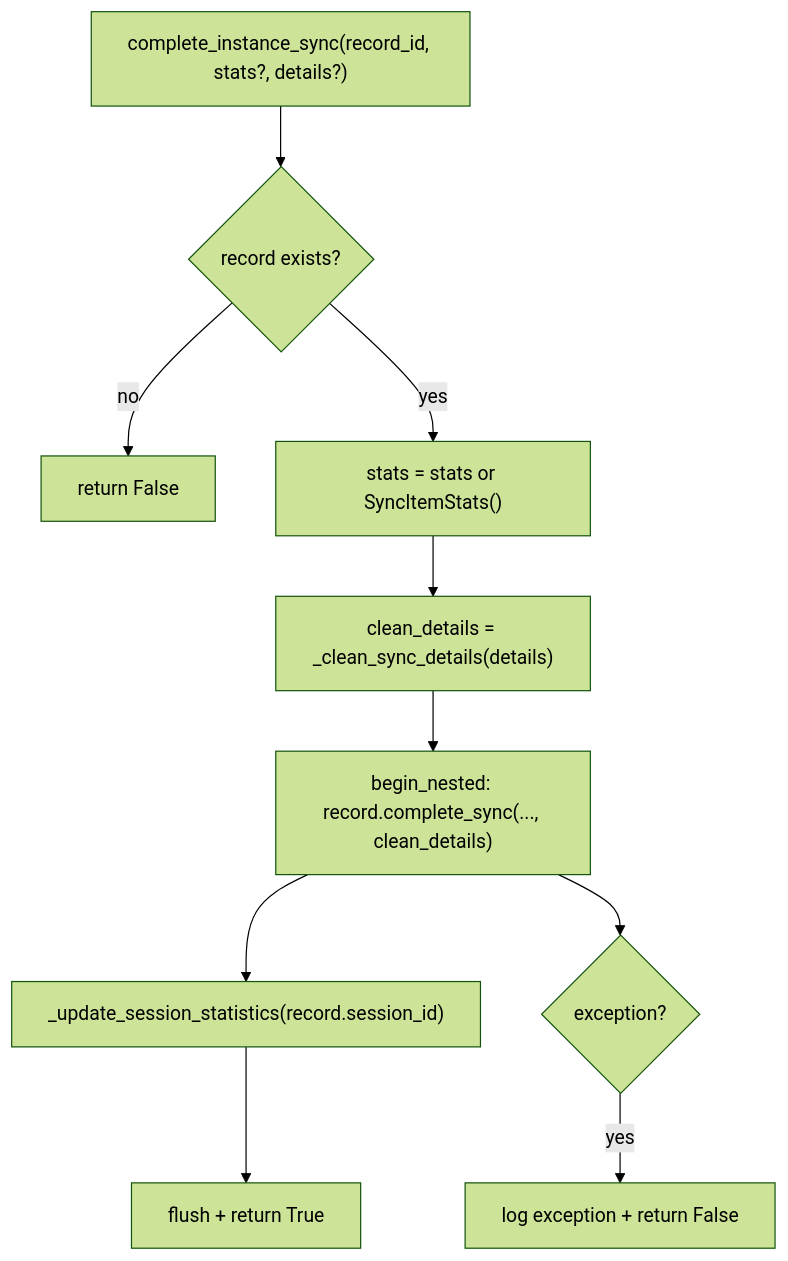
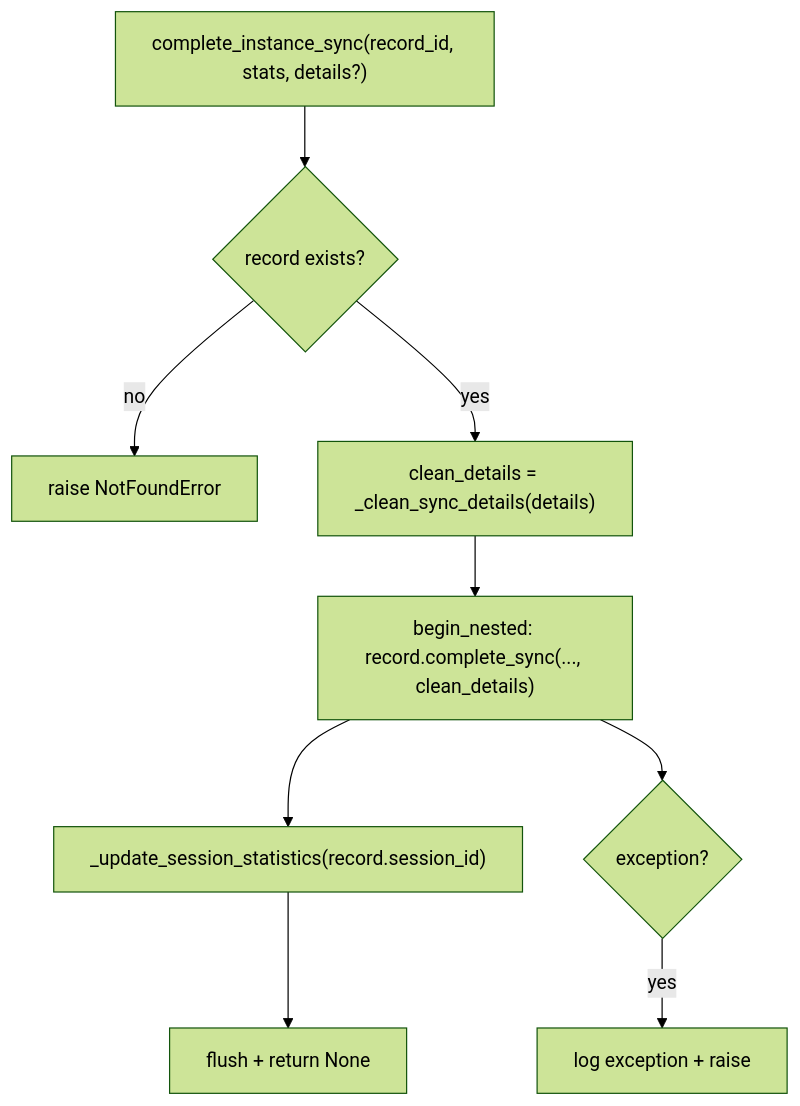
One commit to nyealovey/WhaleFall changed the first of 2 diagrams in docs/Obsidian/Server/sync-session-service.md. Above: the diagram before and after it, drawn with Mermaid (forest theme). The commit also changed other lines of this file and 24 other files, not shown here.

````diff
--- a/docs/Obsidian/Server/sync-session-service.md
+++ b/docs/Obsidian/Server/sync-session-service.md
@@ -65,12 +69,11 @@
 ```mermaid
 flowchart TB
-    A["complete_instance_sync(record_id, stats?, details?)"] --> B{record exists?}
-    B -- no --> C["return False"]
-    B -- yes --> D["stats = stats or SyncItemStats()"]
-    D --> E["clean_details = _clean_sync_details(details)"]
-    E --> F["begin_nested: record.complete_sync(..., clean_details)"]
-    F --> G["_update_session_statistics(record.session_id)"]
-    G --> H["flush + return True"]
-    F --> I{exception?}
-    I -- yes --> J["log exception + return False"]
+    A["complete_instance_sync(record_id, stats, details?)"] --> B{record exists?}
+    B -- no --> C["raise NotFoundError"]
+    B -- yes --> D["clean_details = _clean_sync_details(details)"]
+    D --> E["begin_nested: record.complete_sync(..., clean_details)"]
+    E --> F["_update_session_statistics(record.session_id)"]
+    F --> G["flush + return None"]
+    E --> H{exception?}
+    H -- yes --> I["log exception + raise"]
 ```
````
